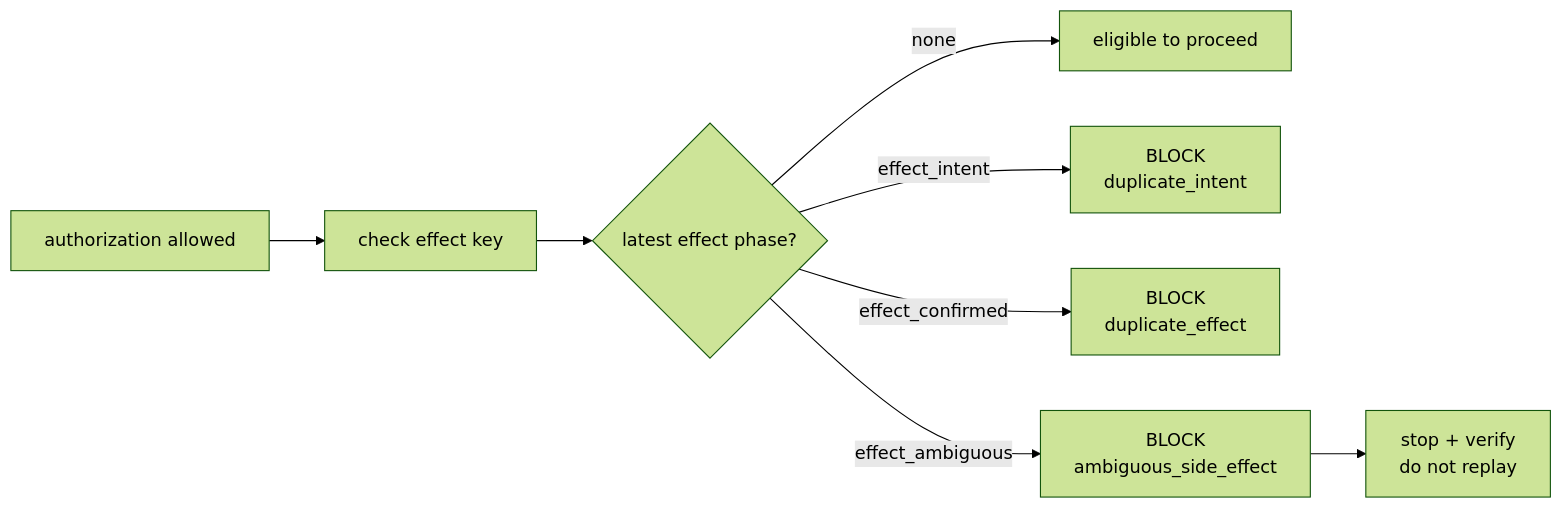
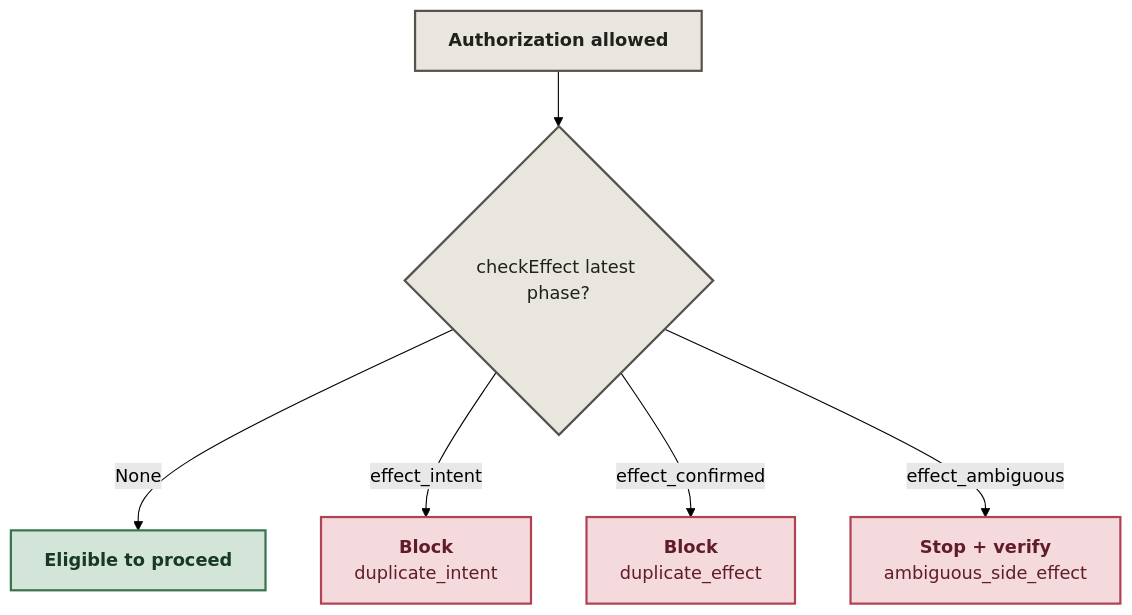
The third of 3 diagrams in README.md (Niyam-Paneru/agent-policy-core), drawn with Mermaid (forest theme) before and after one commit. The commit also changed other lines of this file, not shown here.

````diff
--- a/README.md
+++ b/README.md
@@ -30,10 +55,14 @@
 ```mermaid
-flowchart LR
-    A["authorization allowed"] --> B["check effect key"]
-    B --> C{"latest effect phase?"}
-    C -- none --> D["eligible to proceed"]
-    C -- effect_intent --> E["BLOCK<br/>duplicate_intent"]
-    C -- effect_confirmed --> F["BLOCK<br/>duplicate_effect"]
-    C -- effect_ambiguous --> G["BLOCK<br/>ambiguous_side_effect"]
-    G --> H["stop + verify<br/>do not replay"]
+flowchart TB
+    A["<b>Authorization allowed</b>"] --> C{"checkEffect latest phase?"}
+    C -- None --> D["<b>Eligible to proceed</b>"]
+    C -- effect_intent --> E["<b>Block</b><br/>duplicate_intent"]
+    C -- effect_confirmed --> F["<b>Block</b><br/>duplicate_effect"]
+    C -- effect_ambiguous --> G["<b>Stop + verify</b><br/>ambiguous_side_effect"]
+    classDef input fill:#e8e6df,stroke:#55534a,color:#20201d,stroke-width:2px;
+    classDef pass fill:#d2e5d8,stroke:#38734d,color:#183923,stroke-width:2px;
+    classDef stop fill:#f4dadd,stroke:#b14253,color:#611c29,stroke-width:2px;
+    class A,C input;
+    class D pass;
+    class E,F,G stop;
 ```
````
